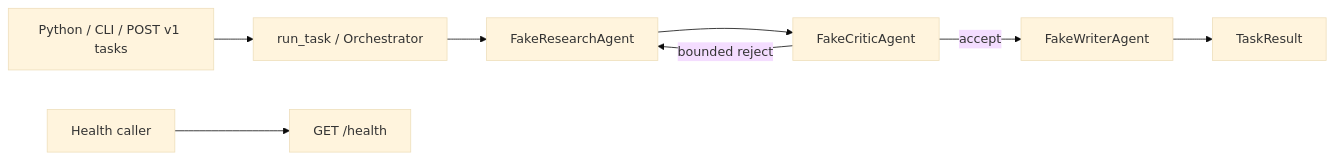
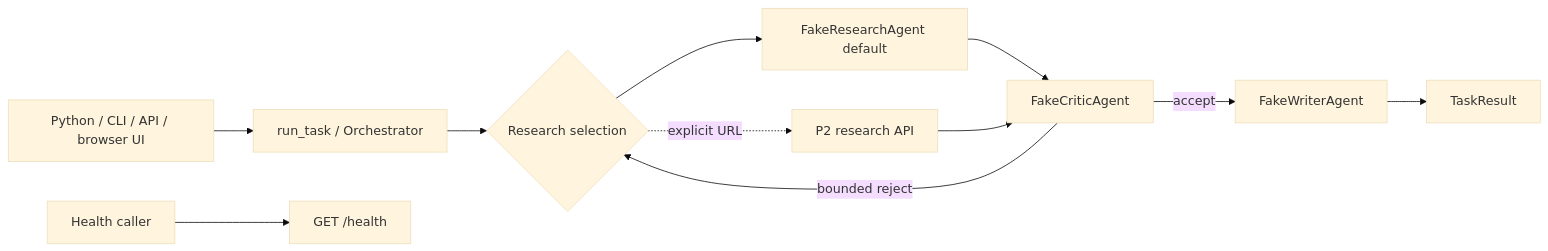
One commit to pabloalvarez99/multi-agent-orchestration changed the first of 2 diagrams in docs/architecture.md. Above: the diagram before and after it, drawn with Mermaid (base theme). The commit also changed other lines of this file and 5 other files, not shown here.

````diff
--- a/docs/architecture.md
+++ b/docs/architecture.md
@@ -15,10 +16,13 @@
 ```mermaid
 flowchart LR
-    C[Python / CLI / POST v1 tasks] --> O[run_task / Orchestrator]
-    O --> R[FakeResearchAgent]
-    R --> K[FakeCriticAgent]
+    C[Python / CLI / API / browser UI] --> O[run_task / Orchestrator]
+    O --> R{Research selection}
+    R --> F[FakeResearchAgent default]
+    R -. explicit URL .-> P2[P2 research API]
+    F --> K[FakeCriticAgent]
+    P2 --> K
     K -->|bounded reject| R
     K -->|accept| W[FakeWriterAgent]
     W --> X[TaskResult]
     H[Health caller] --> G[GET /health]
 ```
````
